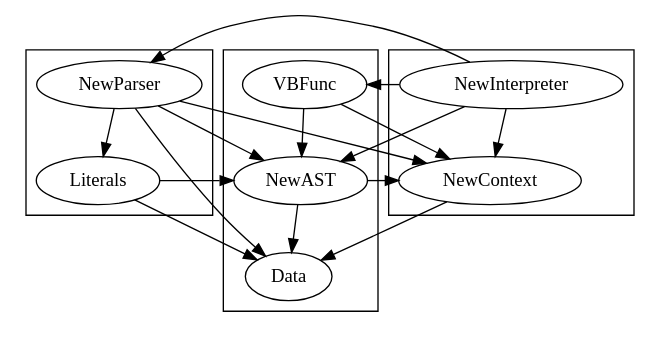
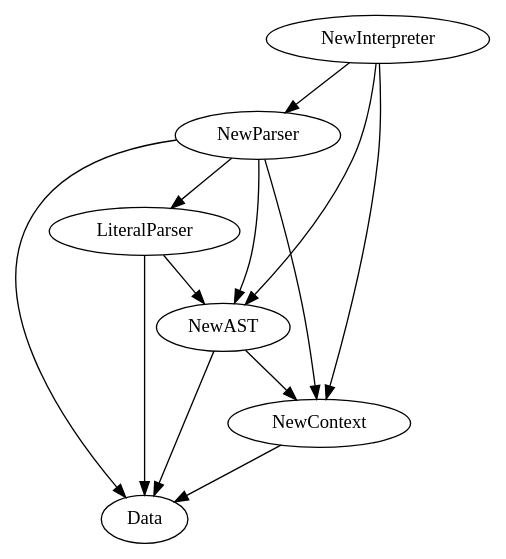
Before and after one commit to nilsceberg/asp-js: the diagram in dependency.dot, drawn with Graphviz. The commit also changed 6 other files, not shown here.

Commit message:
Improve dependency graph further

```diff
--- a/dependency.dot
+++ b/dependency.dot
@@ -1,38 +1,34 @@
 digraph deps {
-	subgraph cluster_parser {
-		NewParser;
-		Literals;
-	}
+	//subgraph cluster_parser {
+	//	NewParser;
+	//	Literals;
+	//}
 
-	subgraph cluster_program {
-		NewAST;
-		VBFunc;
-		Data;
-	}
+	//subgraph cluster_program {
+	//	NewAST;
+	//	VBFunc;
+	//	Data;
+	//}
 
-	subgraph cluster_runtime {
-		NewContext;
-		NewInterpreter;
-	}
+	//subgraph cluster_runtime {
+	//	NewContext;
+	//	NewInterpreter;
+	//}
 
 	NewParser -> NewAST;
-	NewParser -> Literals;
+	NewParser -> LiteralParser;
 	NewParser -> Data;
 	NewParser -> NewContext;
 
-	Literals -> NewAST;
-	Literals -> Data;
+	LiteralParser -> NewAST;
+	LiteralParser -> Data;
 
 	NewAST -> NewContext;
 	NewAST -> Data;
-
-	VBFunc -> NewContext;
-	VBFunc -> NewAST;
 
 	NewContext -> Data;
 
 	NewInterpreter -> NewParser;
 	NewInterpreter -> NewContext;
 	NewInterpreter -> NewAST;
-	NewInterpreter -> VBFunc;
 }
```
